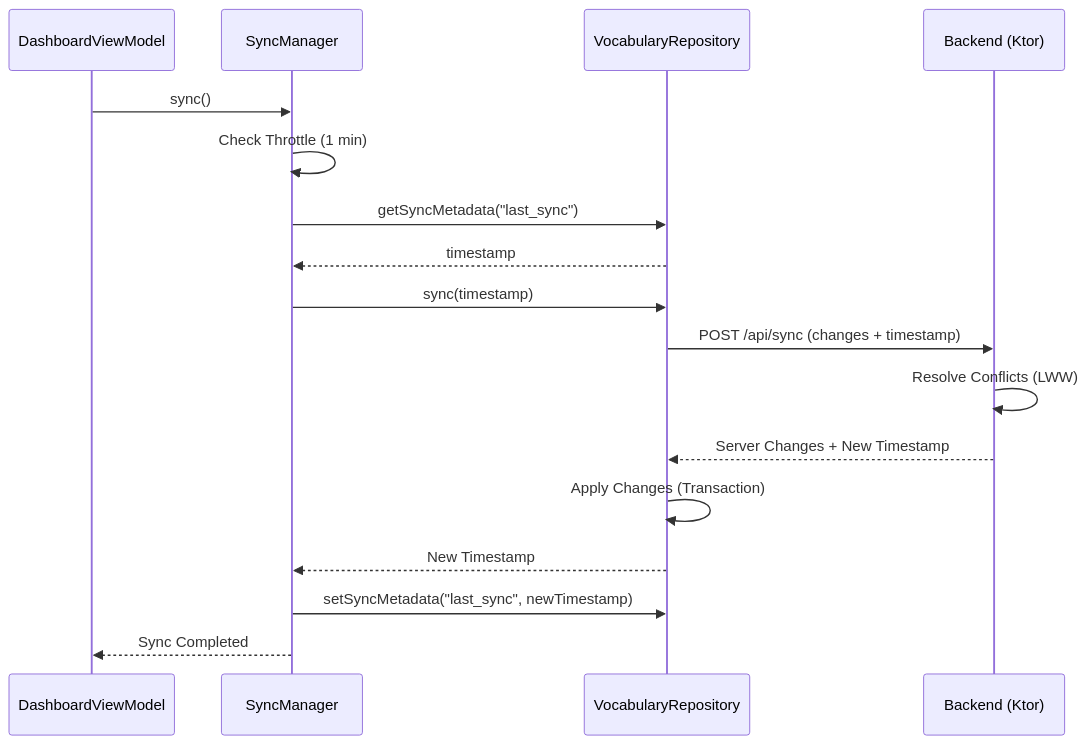
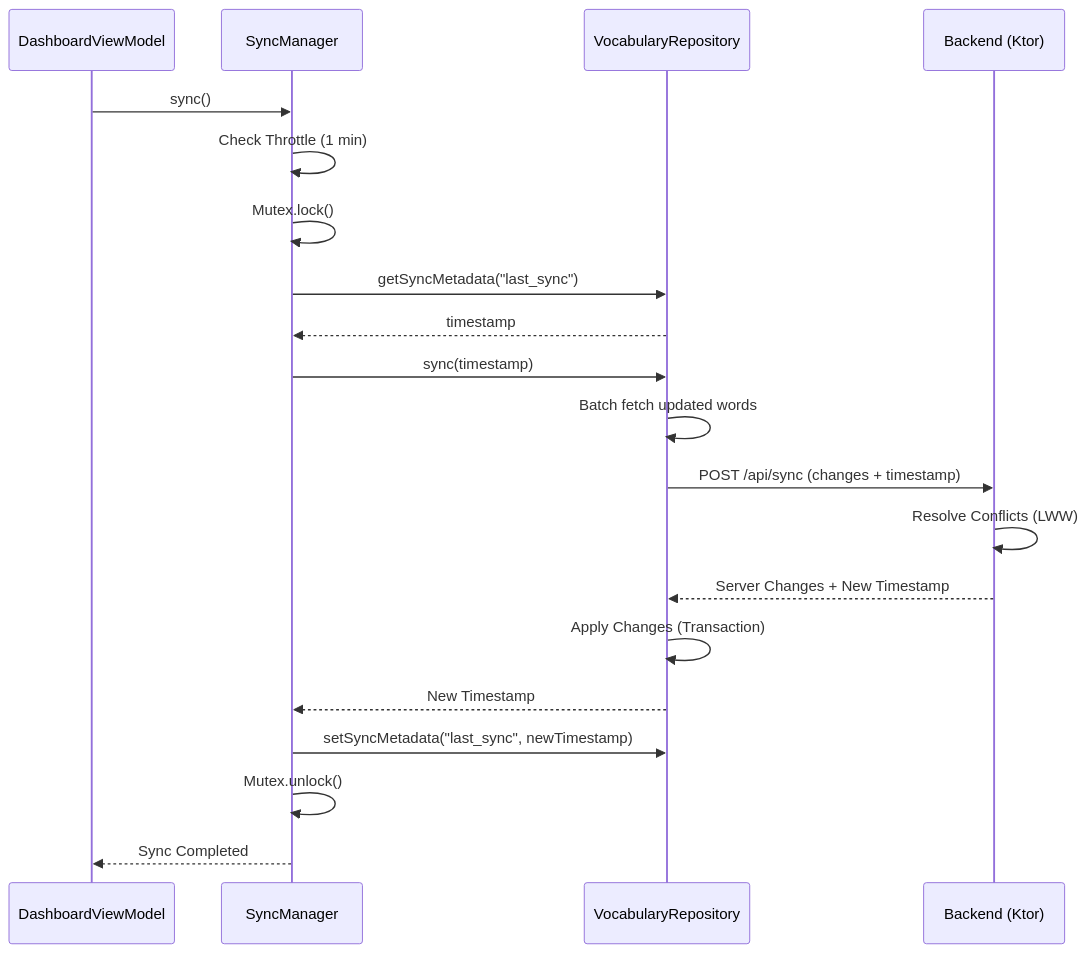
The third of 6 diagrams in docs/UML.md (ursusandwolf/langkraft), drawn with Mermaid before and after one commit. The commit also changed other lines of this file and 27 other files, not shown here.

````diff
--- a/docs/UML.md
+++ b/docs/UML.md
@@ -68,20 +76,23 @@
 ```mermaid
 sequenceDiagram
     participant UI as DashboardViewModel
     participant SM as SyncManager
     participant VR as VocabularyRepository
     participant API as Backend (Ktor)
     
     UI->>SM: sync()
     SM->>SM: Check Throttle (1 min)
+    SM->>SM: Mutex.lock()
     SM->>VR: getSyncMetadata("last_sync")
     VR-->>SM: timestamp
     SM->>VR: sync(timestamp)
+    VR->>VR: Batch fetch updated words
     VR->>API: POST /api/sync (changes + timestamp)
     API->>API: Resolve Conflicts (LWW)
     API-->>VR: Server Changes + New Timestamp
     VR->>VR: Apply Changes (Transaction)
     VR-->>SM: New Timestamp
     SM->>VR: setSyncMetadata("last_sync", newTimestamp)
+    SM->>SM: Mutex.unlock()
     SM-->>UI: Sync Completed
 ```
````
